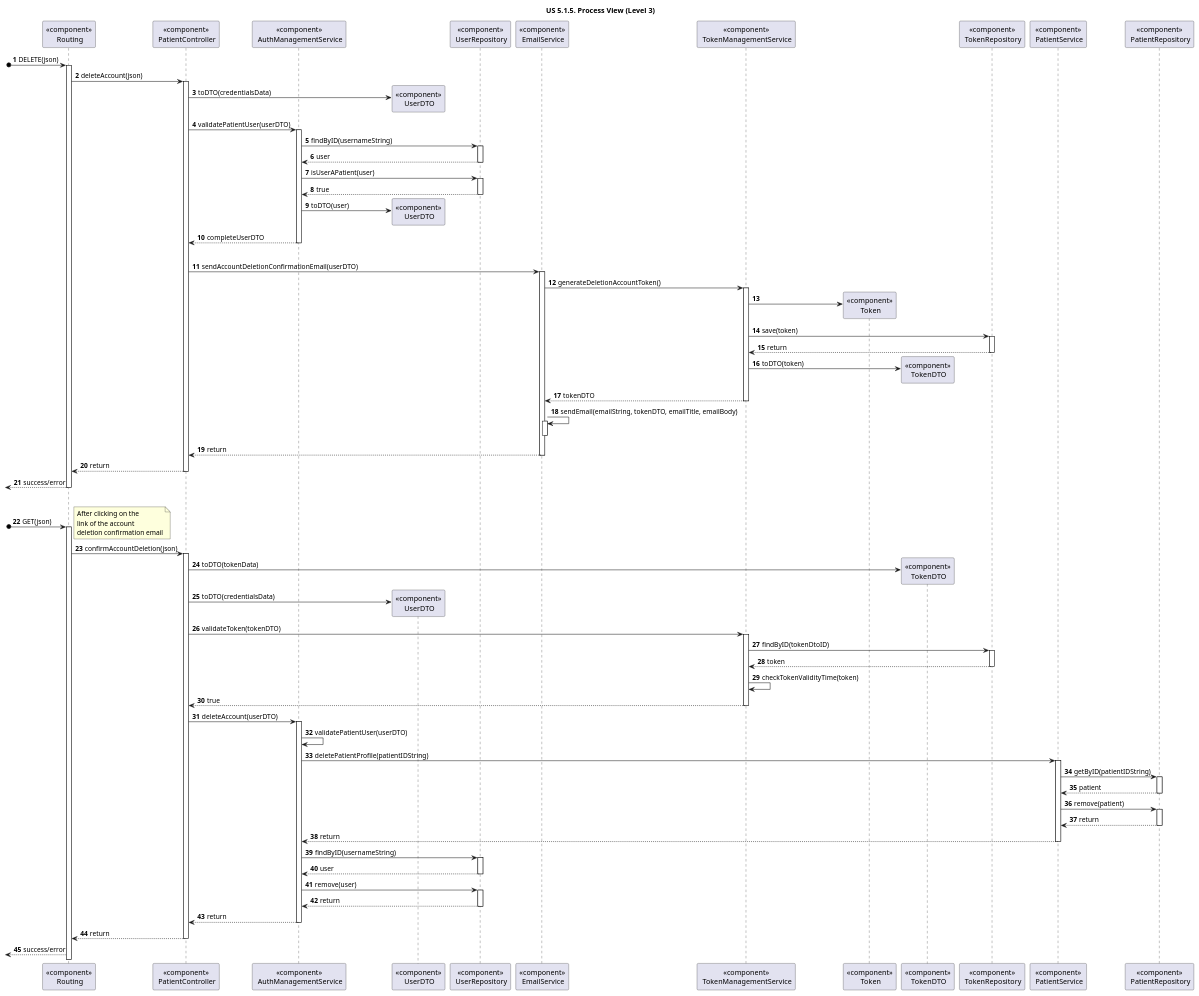
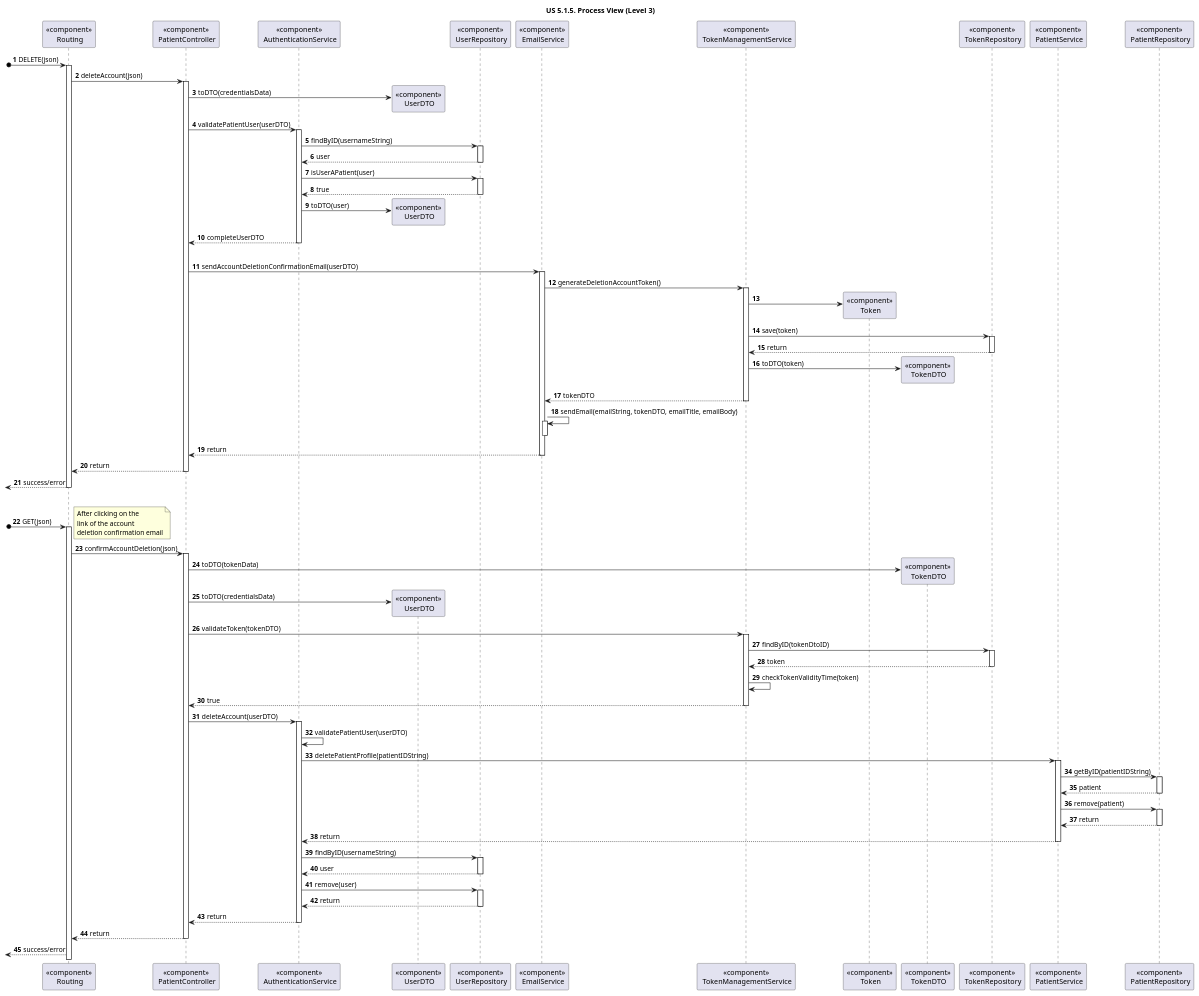
The diagram in docs/sprint-1/1220683/us-5.1.5/diagrams/Process_View/Level-3/us5-process-view-lvl3.puml (rita-barbosa/LAPR5-2425), drawn with PlantUML before and after one commit. The commit also changed 2 other files, not shown here.

Commit message:
DG38-4 | docs: process view diagrams update and design patterns justifications

```diff
--- a/docs/sprint-1/1220683/us-5.1.5/diagrams/Process_View/Level-3/us5-process-view-lvl3.puml
+++ b/docs/sprint-1/1220683/us-5.1.5/diagrams/Process_View/Level-3/us5-process-view-lvl3.puml
@@ -1,172 +1,172 @@
 @startuml
 'https://plantuml.com/sequence-diagram
 
 title "US 5.1.5. Process View (Level 3)"
 
 autonumber
 
 participant "<<component>>\n Routing" as ROUTE
 participant "<<component>>\n PatientController" as CONTROL
 
-participant "<<component>>\n AuthManagementService" as AUTHServ
+participant "<<component>>\n AuthenticationService" as AUTHServ
 
 participant "<<component>>\n UserDTO" as UserDTO
 
 participant "<<component>>\n UserRepository" as AUTHRepo
 
 participant "<<component>>\n EmailService" as EMAILServ
 
 participant "<<component>>\n TokenManagementService" as TOKENServ
 participant "<<component>>\n Token" as TOKEN
 participant "<<component>>\n TokenDTO" as TokenDTO
 participant "<<component>>\n TokenRepository" as TOKENRepo
 
 participant "<<component>>\n PatientService" as PATIENTServ
 participant "<<component>>\n PatientRepository" as PATIENTRepo
 
 
 [o-> ROUTE : DELETE(json)
 activate ROUTE
 
 ROUTE -> CONTROL : deleteAccount(json)
 activate CONTROL
 
 CONTROL -> UserDTO** : toDTO(credentialsData)
 
 CONTROL -> AUTHServ : validatePatientUser(userDTO)
 activate AUTHServ
 
 AUTHServ -> AUTHRepo : findByID(usernameString)
 activate AUTHRepo
 
 
 AUTHRepo --> AUTHServ : user
 deactivate AUTHRepo
 
 AUTHServ -> AUTHRepo : isUserAPatient(user)
 activate AUTHRepo
 
 AUTHRepo --> AUTHServ : true
 deactivate AUTHRepo
 
 AUTHServ -> UserDTO ** : toDTO(user)
 
 AUTHServ --> CONTROL : completeUserDTO
 deactivate AUTHServ
 
 |||
 'SENDING EMAIL
 
 CONTROL -> EMAILServ : sendAccountDeletionConfirmationEmail(userDTO)
 activate EMAILServ
 
 EMAILServ -> TOKENServ : generateDeletionAccountToken()
 activate TOKENServ
 
 TOKENServ -> TOKEN **
 
 TOKENServ -> TOKENRepo : save(token)
 activate TOKENRepo
 
 
 TOKENRepo --> TOKENServ : return
 deactivate TOKENRepo
 
 TOKENServ -> TokenDTO ** : toDTO(token)
 
 TOKENServ --> EMAILServ : tokenDTO
 deactivate TOKENServ
 
 EMAILServ -> EMAILServ : sendEmail(emailString, tokenDTO, emailTitle, emailBody)
 activate EMAILServ
 deactivate EMAILServ
 
 
 EMAILServ --> CONTROL : return
 deactivate EMAILServ
 
 CONTROL --> ROUTE : return
 deactivate CONTROL
 
 <-- ROUTE : success/error
 deactivate ROUTE
 
 
 |||
 
 'CONFIRMATION
 
 [o-> ROUTE : GET(json)
 note left
 After clicking on the
 link of the account
 deletion confirmation email
 end note
 activate ROUTE
 
 ROUTE -> CONTROL : confirmAccountDeletion(json)
 activate CONTROL
 
 CONTROL -> TokenDTO ** : toDTO(tokenData)
 CONTROL -> UserDTO ** : toDTO(credentialsData)
 
 CONTROL -> TOKENServ : validateToken(tokenDTO)
 activate TOKENServ
 
 TOKENServ -> TOKENRepo : findByID(tokenDtoID)
 activate TOKENRepo
 
 TOKENRepo --> TOKENServ : token
 deactivate TOKENRepo
 
 TOKENServ -> TOKENServ : checkTokenValidityTime(token)
 
 TOKENServ --> CONTROL : true
 deactivate TOKENServ
 
 CONTROL -> AUTHServ : deleteAccount(userDTO)
 activate AUTHServ
 
 AUTHServ -> AUTHServ : validatePatientUser(userDTO)
 
 AUTHServ -> PATIENTServ : deletePatientProfile(patientIDString)
 activate PATIENTServ
 
 PATIENTServ -> PATIENTRepo : getByID(patientIDString)
 activate PATIENTRepo
 
 PATIENTRepo --> PATIENTServ : patient
 deactivate PATIENTRepo
 
 PATIENTServ -> PATIENTRepo : remove(patient)
 activate PATIENTRepo
 
 
 PATIENTRepo --> PATIENTServ : return
 deactivate PATIENTRepo
 
 PATIENTServ --> AUTHServ : return
 deactivate PATIENTServ
 
 AUTHServ -> AUTHRepo :  findByID(usernameString)
 activate AUTHRepo
 
 AUTHRepo --> AUTHServ : user
 deactivate AUTHRepo
 
 AUTHServ -> AUTHRepo : remove(user)
 activate AUTHRepo
 
 
 AUTHRepo --> AUTHServ : return
 deactivate AUTHRepo
 
 AUTHServ --> CONTROL : return
 deactivate AUTHServ
 
 CONTROL --> ROUTE : return
 deactivate CONTROL
 
 <-- ROUTE : success/error
 
 @enduml
```
